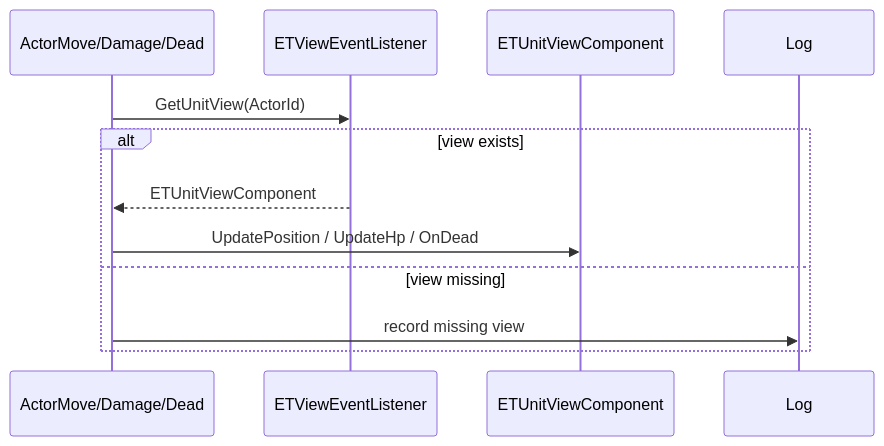
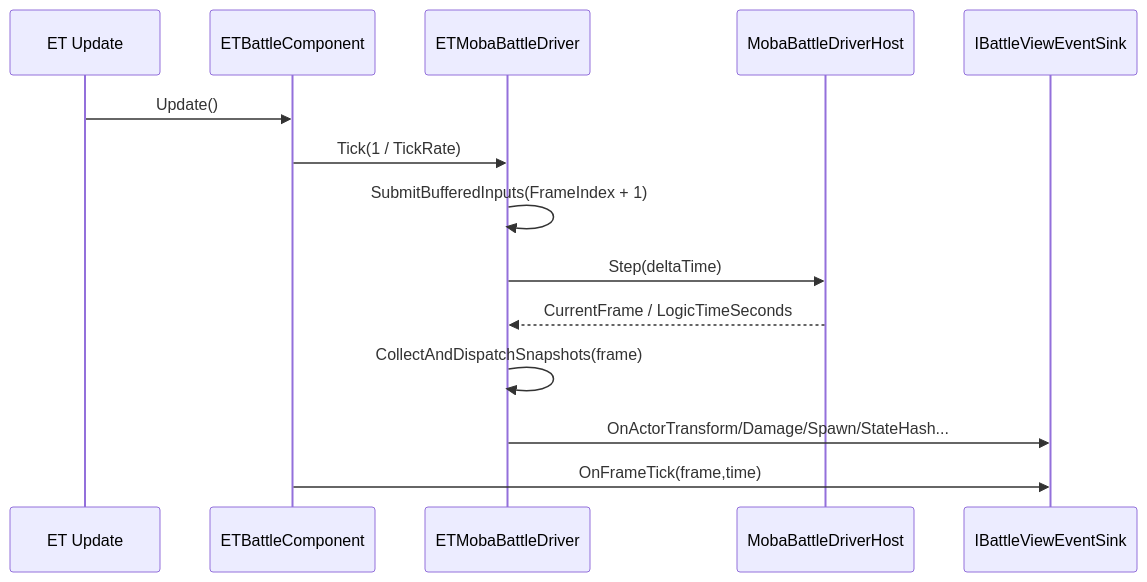
One commit to Kurumioi/AbilityKit changed the fourth of 9 diagrams in Docs/design/09-ImplementationExamples/02-ET Demo Analysis.md. Above: the diagram before and after it, drawn with Mermaid. The commit also changed other lines of this file and 389 other files, not shown here.

````diff
--- a/Docs/design/09-ImplementationExamples/02-ET Demo Analysis.md
+++ b/Docs/design/09-ImplementationExamples/02-ET Demo Analysis.md
@@ -120,14 +139,17 @@
 ```mermaid
 sequenceDiagram
-    participant Event as ActorMove/Damage/Dead
-    participant Listener as ETViewEventListener
-    participant View as ETUnitViewComponent
+    participant ET as ET Update
+    participant Comp as ETBattleComponent
+    participant Driver as ETMobaBattleDriver
+    participant Host as MobaBattleDriverHost
+    participant Sink as IBattleViewEventSink
 
-    Event->>Listener: GetUnitView(ActorId)
-    alt view exists
-        Listener-->>Event: ETUnitViewComponent
-        Event->>View: UpdatePosition / UpdateHp / OnDead
-    else view missing
-        Event->>Log: record missing view
-    end
+    ET->>Comp: Update()
+    Comp->>Driver: Tick(1 / TickRate)
+    Driver->>Driver: SubmitBufferedInputs(FrameIndex + 1)
+    Driver->>Host: Step(deltaTime)
+    Host-->>Driver: CurrentFrame / LogicTimeSeconds
+    Driver->>Driver: CollectAndDispatchSnapshots(frame)
+    Driver->>Sink: OnActorTransform/Damage/Spawn/StateHash...
+    Comp->>Sink: OnFrameTick(frame,time)
 ```
````
